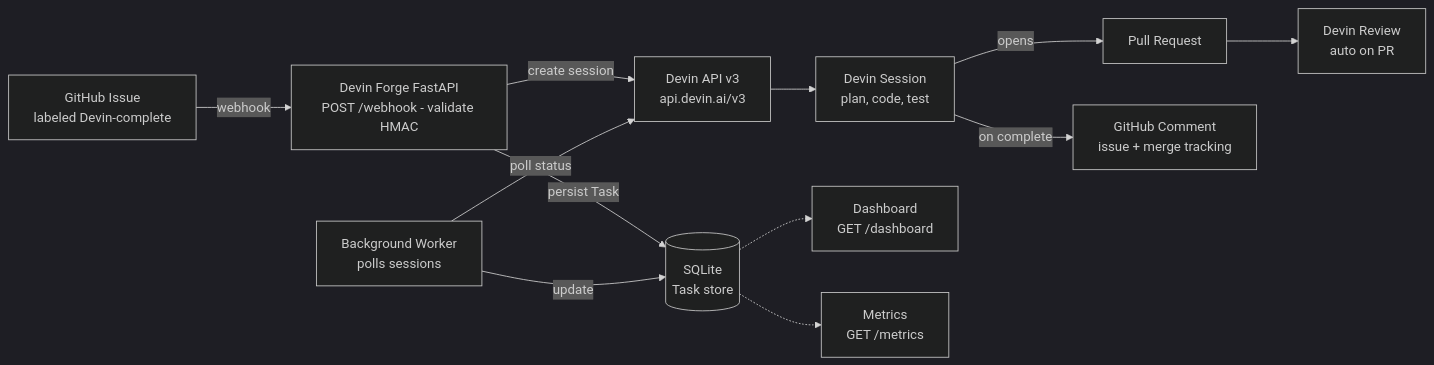
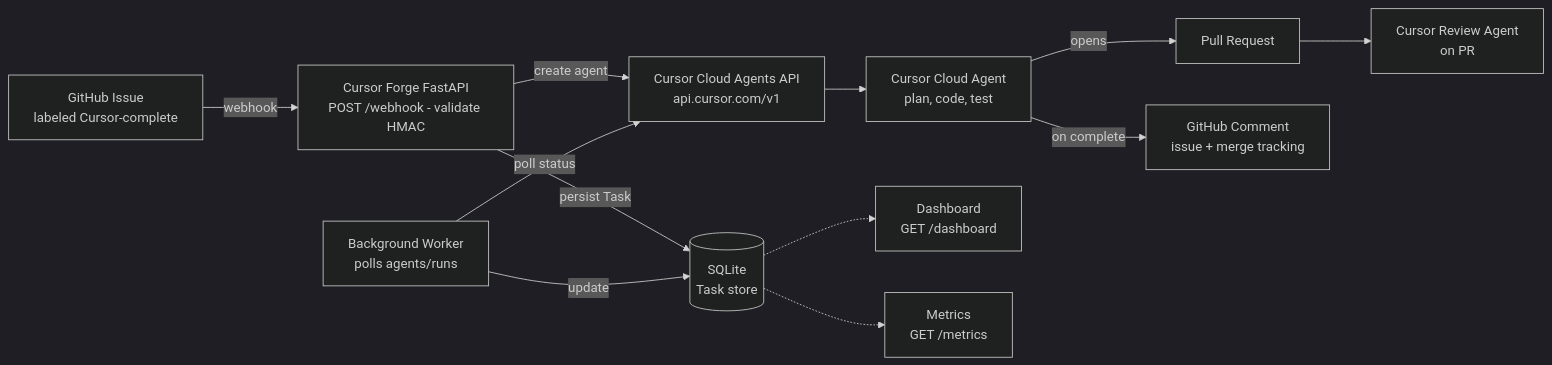
One commit to jan21deepak/droid_ai_engineer changed the diagram in README.md. Above: the diagram before and after it, drawn with Mermaid (dark theme). The commit also changed other lines of this file and 24 other files, not shown here.

Commit message:
Replace Devin API with Cursor Cloud Agents and rebrand as Cursor Forge.

````diff
--- a/README.md
+++ b/README.md
@@ -24,26 +26,26 @@
 ```mermaid
 flowchart LR
-    ISSUE["GitHub Issue<br/>labeled Devin-complete"]
-    WEBHOOK["Devin Forge FastAPI<br/>POST /webhook - validate HMAC"]
+    ISSUE["GitHub Issue<br/>labeled Cursor-complete"]
+    WEBHOOK["Cursor Forge FastAPI<br/>POST /webhook - validate HMAC"]
     DB[("SQLite<br/>Task store")]
-    API["Devin API v3<br/>api.devin.ai/v3"]
-    SESSION["Devin Session<br/>plan, code, test"]
-    WORKER["Background Worker<br/>polls sessions"]
+    API["Cursor Cloud Agents API<br/>api.cursor.com/v1"]
+    SESSION["Cursor Cloud Agent<br/>plan, code, test"]
+    WORKER["Background Worker<br/>polls agents/runs"]
     PR["Pull Request"]
-    REVIEW["Devin Review<br/>auto on PR"]
+    REVIEW["Cursor Review Agent<br/>on PR"]
     COMMENT["GitHub Comment<br/>issue + merge tracking"]
     DASH["Dashboard<br/>GET /dashboard"]
     METRICS["Metrics<br/>GET /metrics"]
 
     ISSUE -->|"webhook"| WEBHOOK
     WEBHOOK -->|"persist Task"| DB
-    WEBHOOK -->|"create session"| API
+    WEBHOOK -->|"create agent"| API
     API --> SESSION
     SESSION -->|"opens"| PR
     PR --> REVIEW
     SESSION -->|"on complete"| COMMENT
     WORKER -->|"poll status"| API
     WORKER -->|"update"| DB
     DB -.-> DASH
     DB -.-> METRICS
 ```
````
